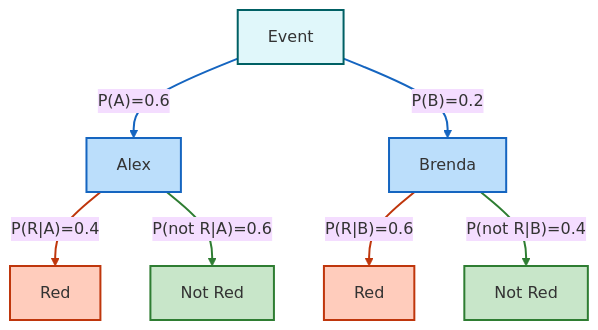
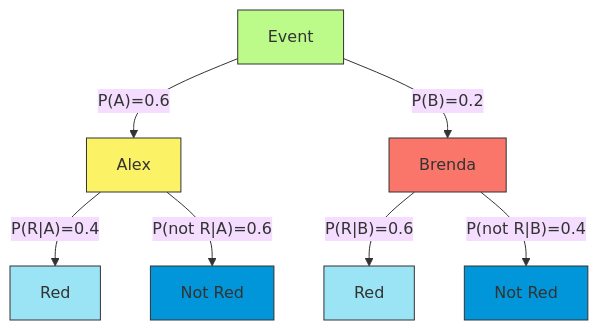
Diagram 19 of 23 in C_2.md (Chaklader/part-of-speech-tagging), drawn with Mermaid (base theme) before and after one commit. The commit also changed other lines of this file, not shown here.

````diff
--- a/C_2.md
+++ b/C_2.md
@@ -1870,24 +1871,24 @@
 ```mermaid
 graph TD
     Event --> |"P(A)=0.6"| A[Alex]
     Event --> |"P(B)=0.2"| B[Brenda]
     A --> |"P(R|A)=0.4"| R1[Red]
     A --> |"P(not R|A)=0.6"| NR1[Not Red]
     B --> |"P(R|B)=0.6"| R2[Red]
     B --> |"P(not R|B)=0.4"| NR2[Not Red]
 
-    style Event fill:#e0f7fa,stroke:#006064,stroke-width:2px
-    style A fill:#bbdefb,stroke:#1565c0,stroke-width:2px
-    style B fill:#bbdefb,stroke:#1565c0,stroke-width:2px
-    style R1 fill:#ffccbc,stroke:#bf360c,stroke-width:2px
-    style R2 fill:#ffccbc,stroke:#bf360c,stroke-width:2px
-    style NR1 fill:#c8e6c9,stroke:#2e7d32,stroke-width:2px
-    style NR2 fill:#c8e6c9,stroke:#2e7d32,stroke-width:2px
+    style Event fill:#BCFB89,stroke:#333,stroke-width:1px
+    style A fill:#FBF266,stroke:#333,stroke-width:1px
+    style B fill:#FA756A,stroke:#333,stroke-width:1px
+    style R1 fill:#9AE4F5,stroke:#333,stroke-width:1px
+    style R2 fill:#9AE4F5,stroke:#333,stroke-width:1px
+    style NR1 fill:#0096D9,stroke:#333,stroke-width:1px
+    style NR2 fill:#0096D9,stroke:#333,stroke-width:1px
 
-    linkStyle 0 stroke:#1565c0,stroke-width:2px
-    linkStyle 1 stroke:#1565c0,stroke-width:2px
-    linkStyle 2 stroke:#bf360c,stroke-width:2px
-    linkStyle 3 stroke:#2e7d32,stroke-width:2px
-    linkStyle 4 stroke:#bf360c,stroke-width:2px
-    linkStyle 5 stroke:#2e7d32,stroke-width:2px
+    linkStyle 0 stroke:#333,stroke-width:1px
+    linkStyle 1 stroke:#333,stroke-width:1px
+    linkStyle 2 stroke:#333,stroke-width:1px
+    linkStyle 3 stroke:#333,stroke-width:1px
+    linkStyle 4 stroke:#333,stroke-width:1px
+    linkStyle 5 stroke:#333,stroke-width:1px
 ```
````
